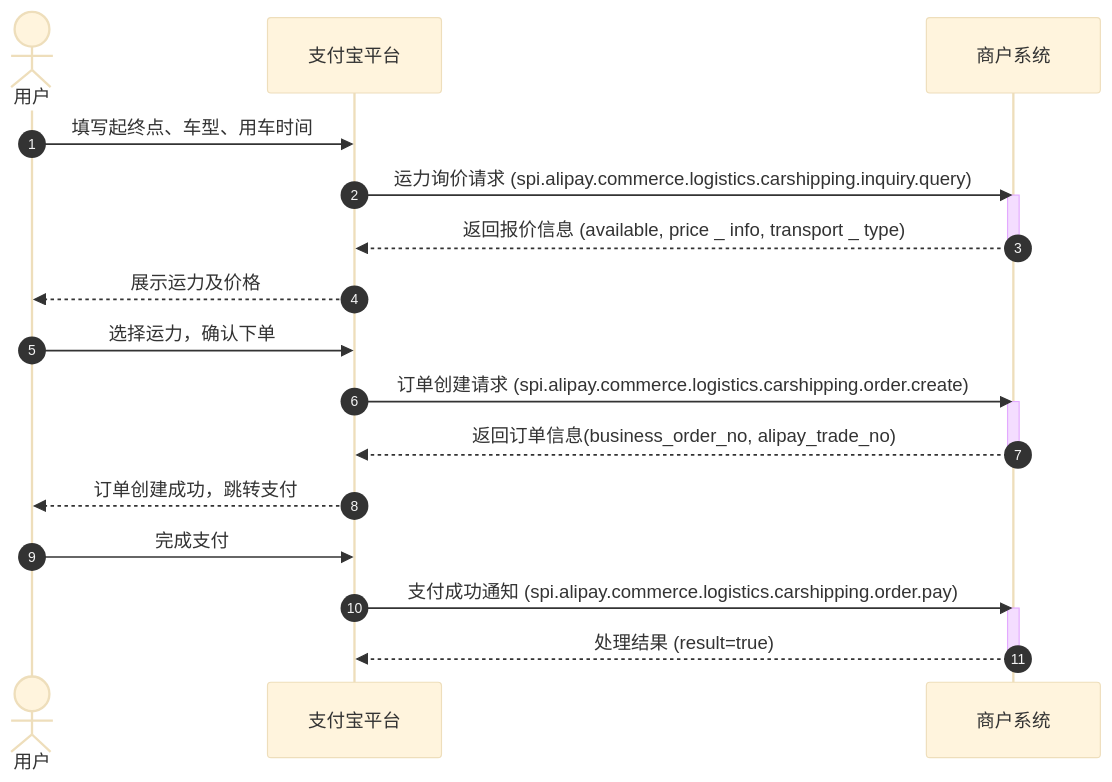
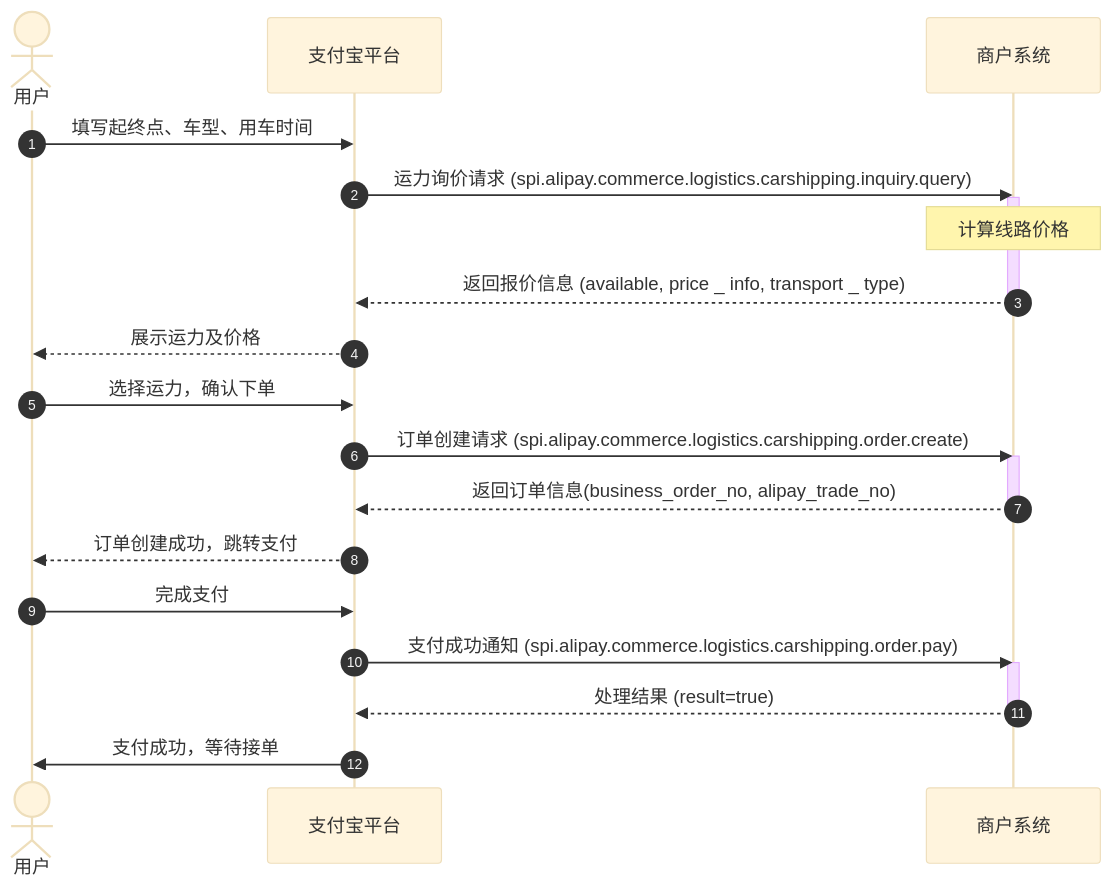
The diagram in mmd/test_dba1b258-be6a-414c-9967-aedbcccfa44f.mmd (pingpm/mermaid_vault), drawn with Mermaid (base theme) before and after one commit. The commit also changed 2 other files, not shown here.

Commit message:
Sync Mermaid Studio data (8 diagrams)

```diff
--- a/mmd/test_dba1b258-be6a-414c-9967-aedbcccfa44f.mmd
+++ b/mmd/test_dba1b258-be6a-414c-9967-aedbcccfa44f.mmd
@@ -1,22 +1,24 @@
 sequenceDiagram
   autonumber
   actor p0 as 用户
   participant p1 as 支付宝平台
   participant p2 as 商户系统
   p0->>p1: 填写起终点、⻋型、⽤⻋时间
   p1->>p2: 运⼒询价请求 (spi.alipay.commerce.logistics.carshipping.inquiry.query)
   activate p2
+  Note over p2: 计算线路价格
   p2-->>p1: 返回报价信息 (available, price _ info, transport _ type)
   deactivate p2
   p1-->>p0: 展示运⼒及价格
   p0->>p1: 选择运⼒，确认下单
   p1->>p2: 订单创建请求 (spi.alipay.commerce.logistics.carshipping.order.create)
   activate p2
   p2-->>p1: 返回订单信息(business_order_no, alipay_trade_no)
   deactivate p2
   p1-->>p0: 订单创建成功，跳转⽀付
   p0->>p1: 完成⽀付
   p1->>p2: ⽀付成功通知 (spi.alipay.commerce.logistics.carshipping.order.pay)
   activate p2
   p2-->>p1: 处理结果 (result=true)
   deactivate p2
+  p1->>p0: ⽀付成功，等待接单
```
